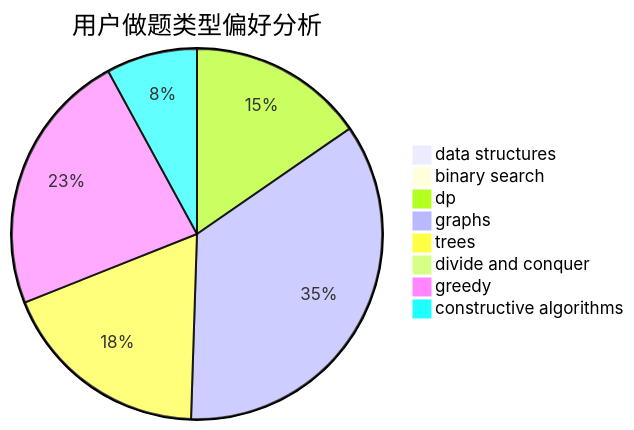
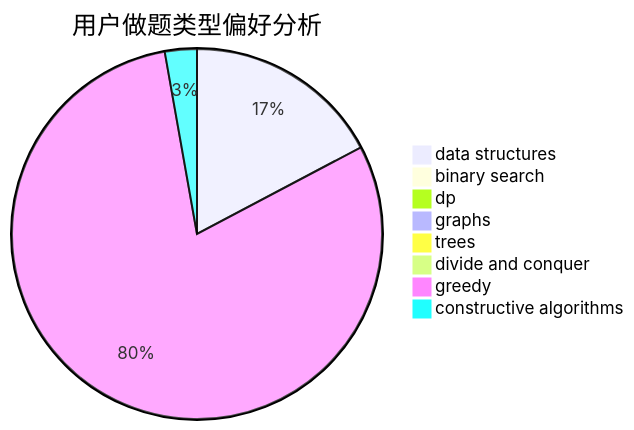
Before and after one commit to sherpahu/cfrs.github.io: the second of 3 diagrams in docs/user/u10.md, drawn with Mermaid. The commit also changed other lines of this file and 2770 other files, not shown here.

````diff
--- a/docs/user/u10.md
+++ b/docs/user/u10.md
@@ -23,11 +23,11 @@
 ```mermaid
 pie title 用户做题类型偏好分析
-    "data structures" :  0
+    "data structures" :  68
     "binary search" :  0
-    "dp" :  60
-    "graphs" :  137
-    "trees" :  72
+    "dp" :  0
+    "graphs" :  1
+    "trees" :  0
     "divide and conquer" :  0
-    "greedy" :  90
-    "constructive algorithms" :  31
+    "greedy" :  315
+    "constructive algorithms" :  11
 ```
````
